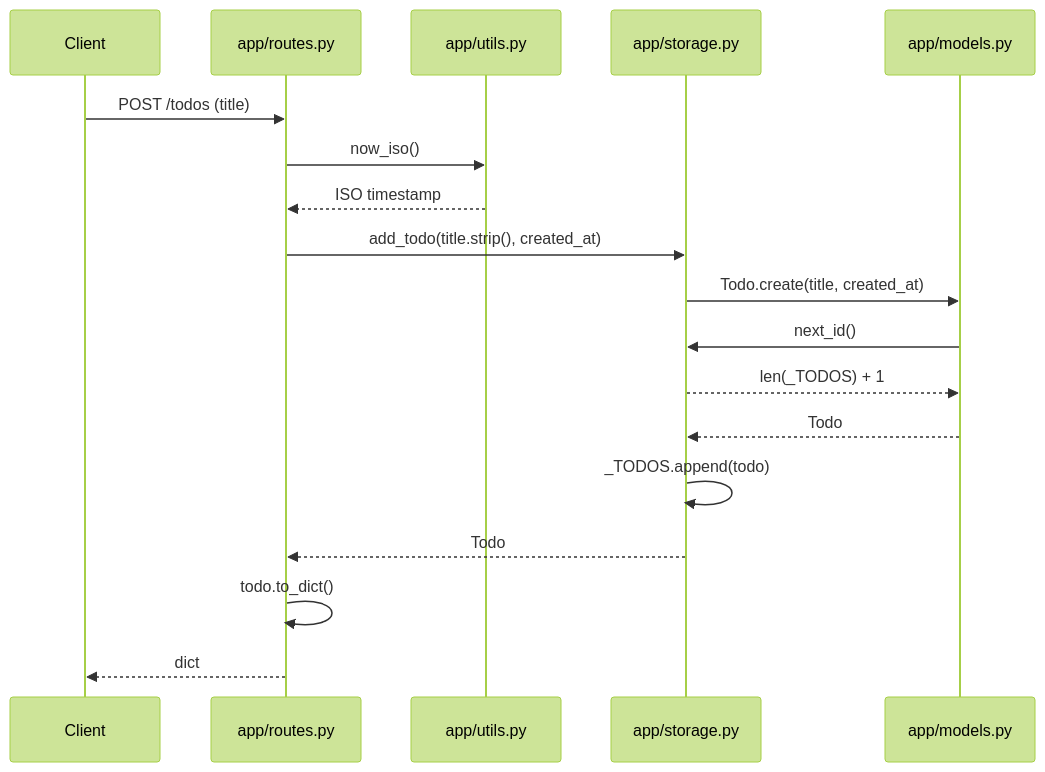
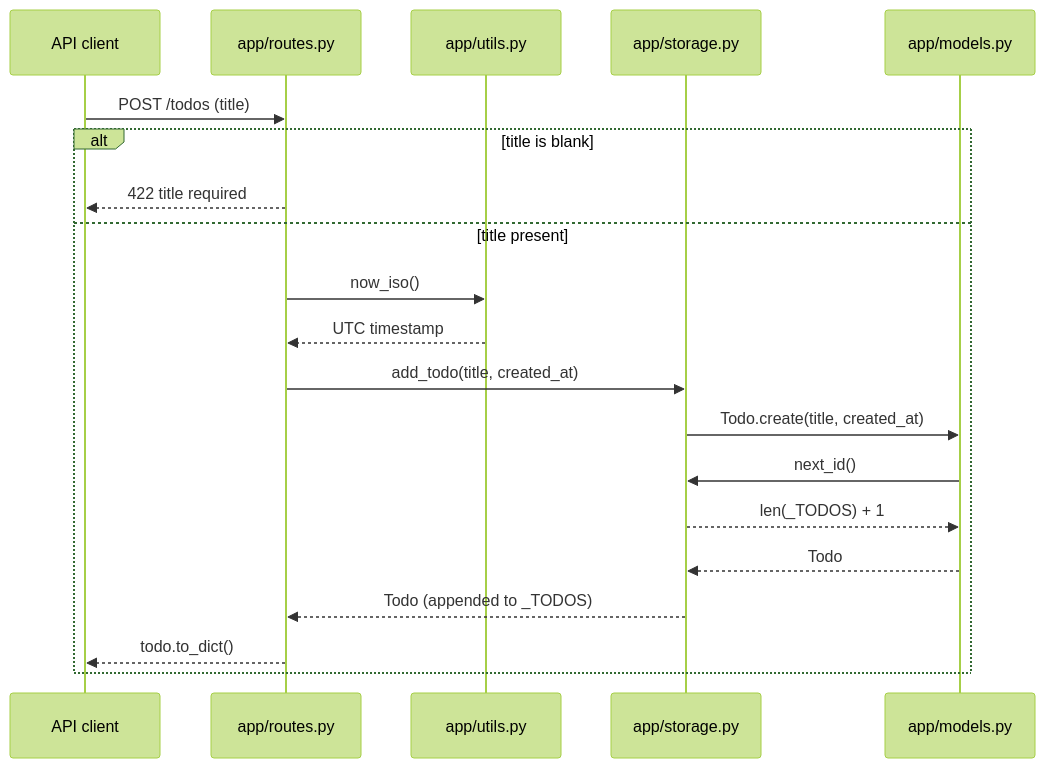
Before and after one commit to hxxnn/codemap: the first of 2 diagrams in examples/python-todo-api/docs/codemap/sequence-flow.md, drawn with Mermaid (forest theme). The commit also changed other lines of this file and 35 other files, not shown here.

First line of the commit message:
test: regenerate examples with the final diagram rules

````diff
--- a/examples/python-todo-api/docs/codemap/sequence-flow.md
+++ b/examples/python-todo-api/docs/codemap/sequence-flow.md
@@ -18,20 +14,22 @@
 ```mermaid
 sequenceDiagram
-    participant C as Client
+    participant C as API client
     participant R as app/routes.py
     participant U as app/utils.py
     participant S as app/storage.py
     participant M as app/models.py
     C->>R: POST /todos (title)
-    R->>U: now_iso()
-    U-->>R: ISO timestamp
-    R->>S: add_todo(title.strip(), created_at)
-    S->>M: Todo.create(title, created_at)
-    M->>S: next_id()
-    S-->>M: len(_TODOS) + 1
-    M-->>S: Todo
-    S->>S: _TODOS.append(todo)
-    S-->>R: Todo
-    R->>R: todo.to_dict()
-    R-->>C: dict
+    alt title is blank
+        R-->>C: 422 title required
+    else title present
+        R->>U: now_iso()
+        U-->>R: UTC timestamp
+        R->>S: add_todo(title, created_at)
+        S->>M: Todo.create(title, created_at)
+        M->>S: next_id()
+        S-->>M: len(_TODOS) + 1
+        M-->>S: Todo
+        S-->>R: Todo (appended to _TODOS)
+        R-->>C: todo.to_dict()
+    end
 ```
````
